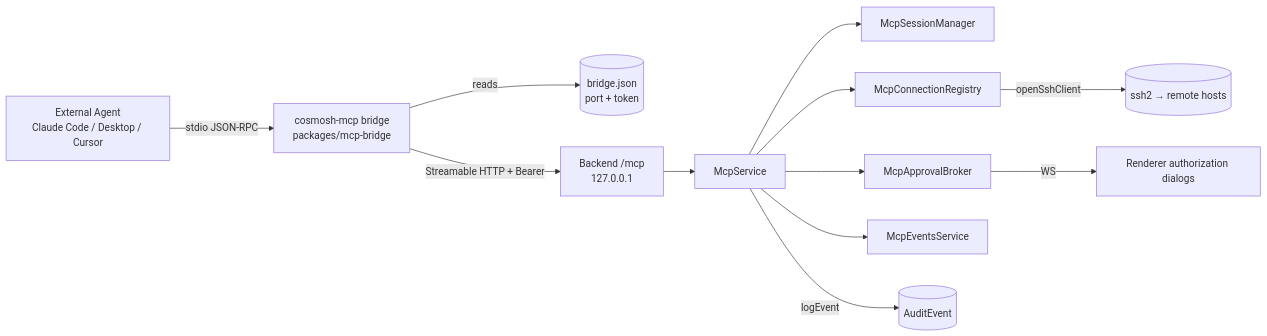
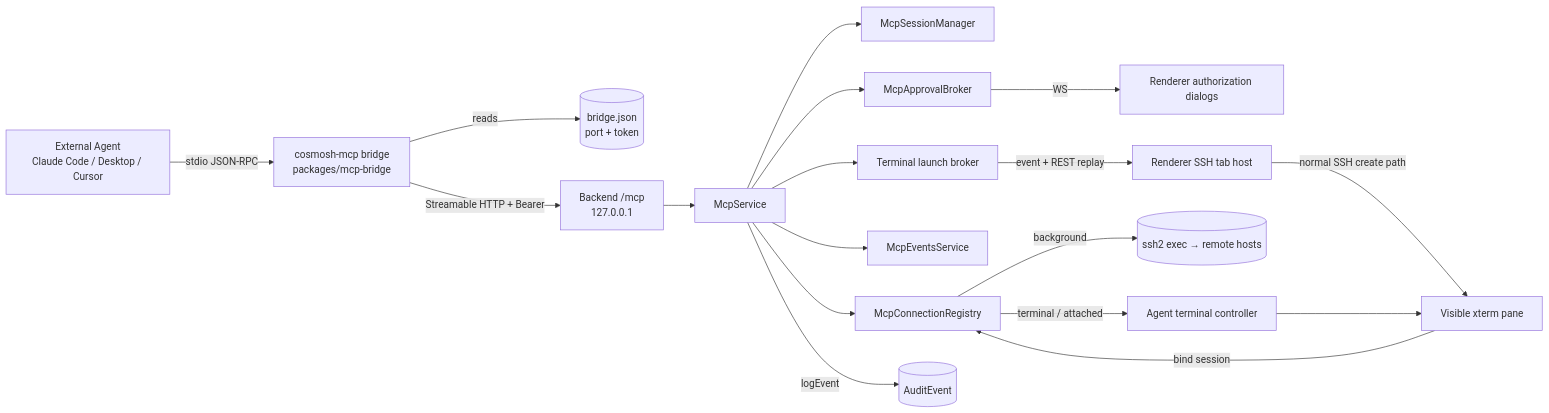
The diagram in docs/developer/runtime/mcp-server.md (agoudbg/Cosmosh), drawn with Mermaid before and after one commit. The commit also changed other lines of this file and 14 other files, not shown here.

Commit message:
docs(mcp): document visible terminal workflows

````diff
--- a/docs/developer/runtime/mcp-server.md
+++ b/docs/developer/runtime/mcp-server.md
@@ -20,14 +22,20 @@
 ```mermaid
 flowchart LR
   A[External Agent<br/>Claude Code / Desktop / Cursor] -->|stdio JSON-RPC| B[cosmosh-mcp bridge<br/>packages/mcp-bridge]
   B -->|reads| D[(bridge.json<br/>port + token)]
   B -->|Streamable HTTP + Bearer| C[Backend /mcp<br/>127.0.0.1]
   C --> E[McpService]
   E --> F[McpSessionManager]
   E --> G[McpConnectionRegistry]
   E --> H[McpApprovalBroker]
   E --> I[McpEventsService]
   H -->|WS| J[Renderer authorization dialogs]
+  E --> M[Terminal launch broker]
+  M -->|event + REST replay| N[Renderer SSH tab host]
+  N -->|normal SSH create path| O[Visible xterm pane]
+  O -->|bind session| G
   E -->|logEvent| K[(AuditEvent)]
-  G -->|openSshClient| L[(ssh2 → remote hosts)]
+  G -->|background| L[(ssh2 exec → remote hosts)]
+  G -->|terminal / attached| P[Agent terminal controller]
+  P --> O
 ```
````
